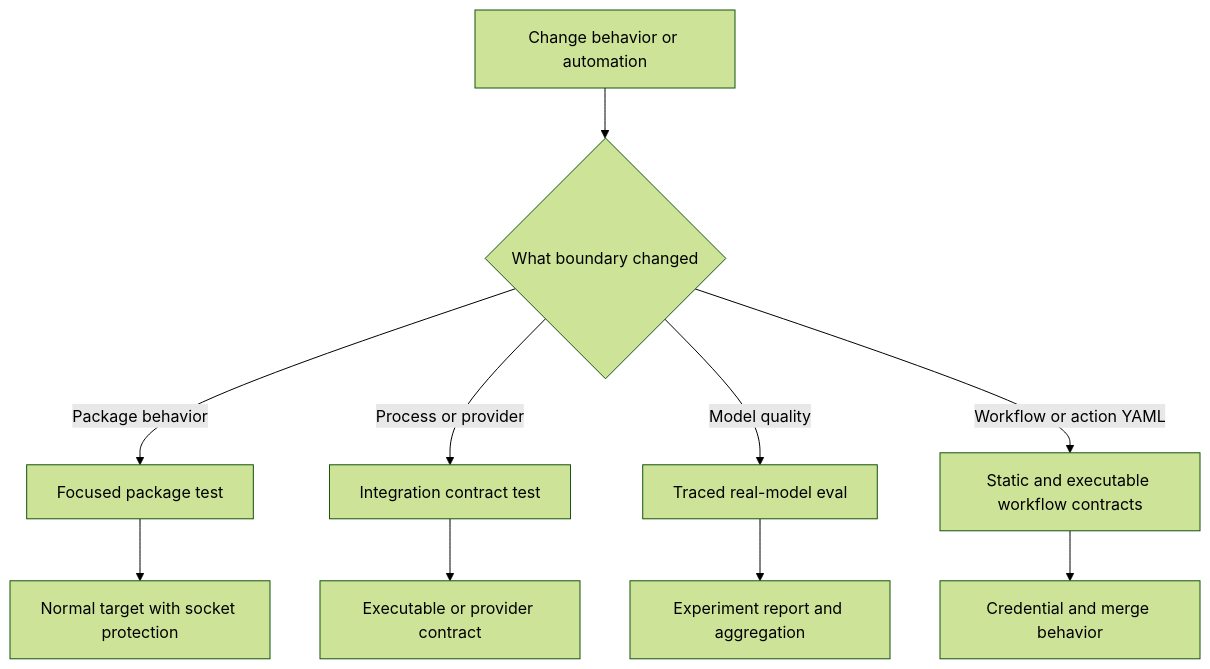
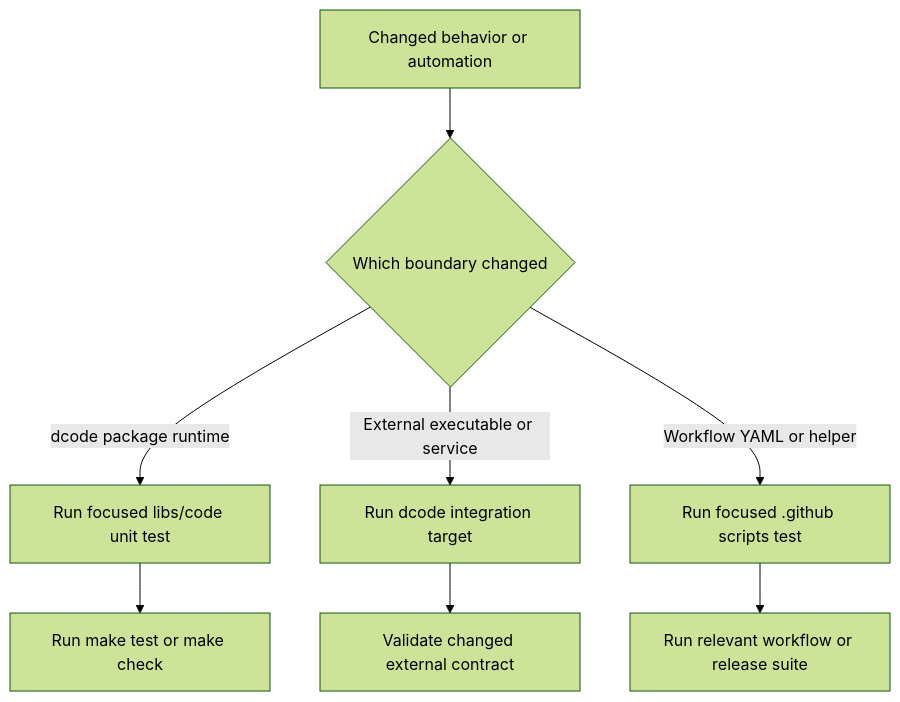
One commit to langchain-ai/deepagents changed the first of 2 diagrams in openwiki/testing/testing-guide.md. Above: the diagram before and after it, drawn with Mermaid (forest theme). The commit also changed other lines of this file and 34 other files, not shown here.

````diff
--- a/openwiki/testing/testing-guide.md
+++ b/openwiki/testing/testing-guide.md
@@ -92,12 +66,10 @@
 ```mermaid
 flowchart TD
-    Change["Change behavior or automation"] --> Kind{"What boundary changed"}
-    Kind -->|"Package behavior"| Unit["Focused package test"]
-    Unit --> Normal["Normal target with socket protection"]
-    Kind -->|"Process or provider"| Integration["Integration contract test"]
-    Kind -->|"Model quality"| EvalRun["Traced real-model eval"]
-    Kind -->|"Workflow or action YAML"| Workflow["Static and executable workflow contracts"]
-    Integration --> Contract["Executable or provider contract"]
-    EvalRun --> Report["Experiment report and aggregation"]
-    Workflow --> Automation["Credential and merge behavior"]
+    Change["Changed behavior or automation"] --> Boundary{"Which boundary changed"}
+    Boundary -->|"dcode package runtime"| Focus["Run focused libs/code unit test"]
+    Focus --> Package["Run make test or make check"]
+    Boundary -->|"External executable or service"| Integration["Run dcode integration target"]
+    Boundary -->|"Workflow YAML or helper"| Workflow["Run focused .github scripts test"]
+    Workflow --> Automation["Run relevant workflow or release suite"]
+    Integration --> Contract["Validate changed external contract"]
 ```
````
